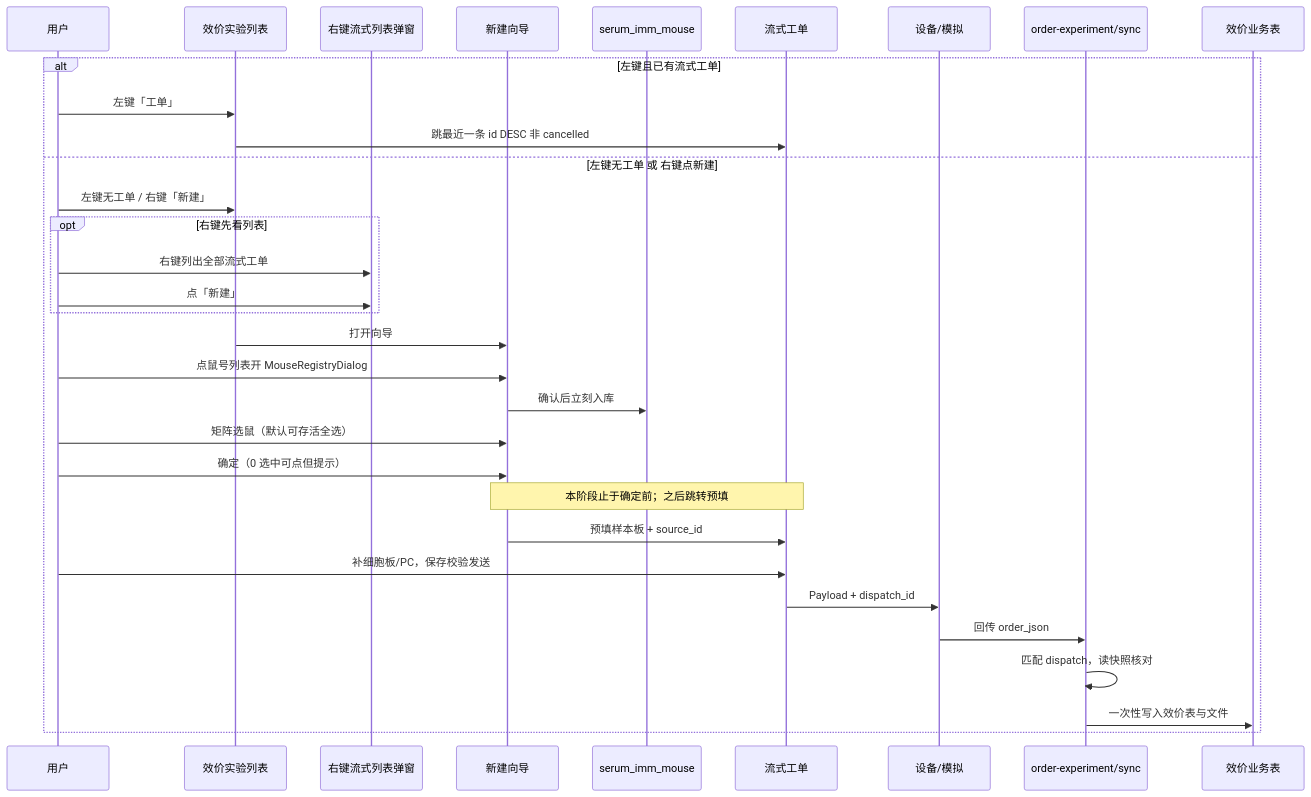
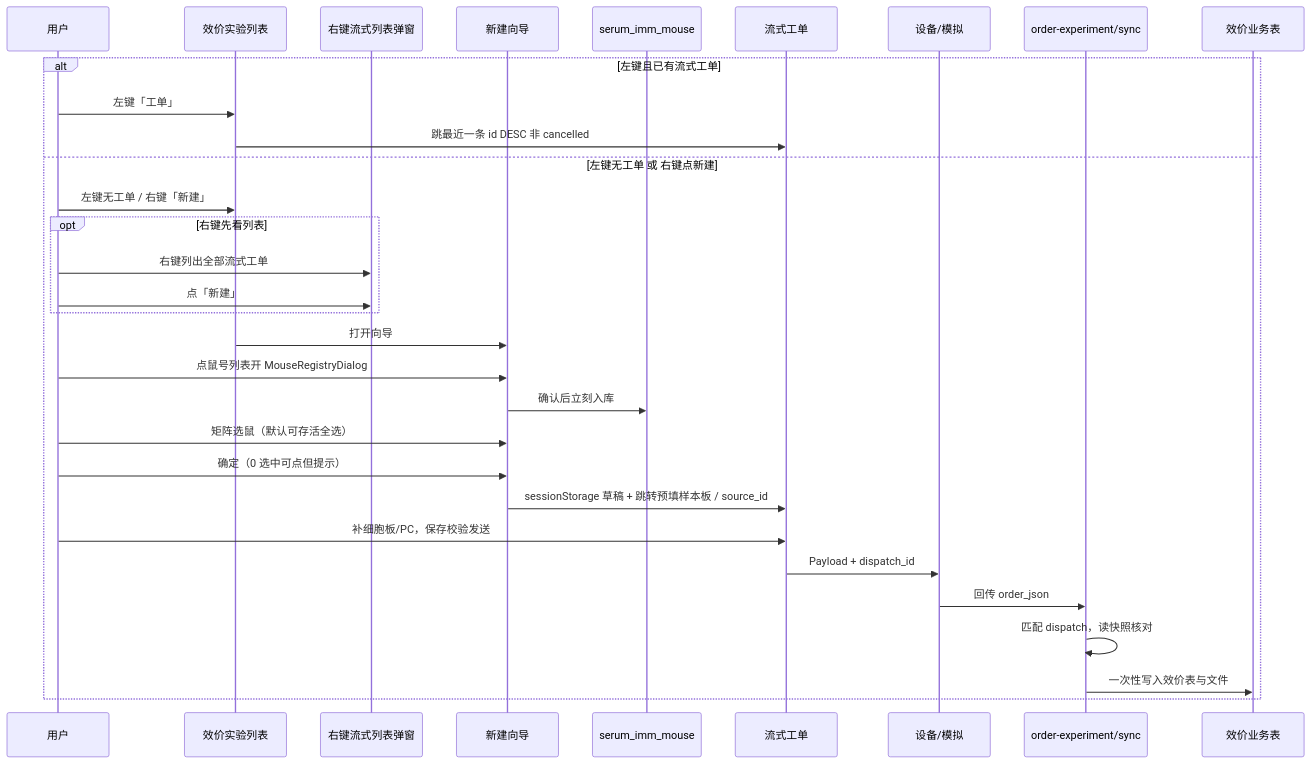
One commit to TianBa-SCP035/Antibody_Forge changed the diagram in docs/temp_text/mega-automation-titer-upstream-flow.md. Above: the diagram before and after it, drawn with Mermaid. The commit also changed other lines of this file and 4 other files, not shown here.

````diff
--- a/docs/temp_text/mega-automation-titer-upstream-flow.md
+++ b/docs/temp_text/mega-automation-titer-upstream-flow.md
@@ -387,35 +402,34 @@
 ```mermaid
 sequenceDiagram
   participant U as 用户
   participant TL as 效价实验列表
   participant L as 右键流式列表弹窗
   participant W as 新建向导
   participant Imm as serum_imm_mouse
   participant FW as 流式工单
   participant D as 设备/模拟
   participant API as order-experiment/sync
   participant ST as 效价业务表
 
   alt 左键且已有流式工单
     U->>TL: 左键「工单」
     TL->>FW: 跳最近一条 id DESC 非 cancelled
   else 左键无工单 或 右键点新建
     U->>TL: 左键无工单 / 右键「新建」
     opt 右键先看列表
       U->>L: 右键列出全部流式工单
       U->>L: 点「新建」
     end
     TL->>W: 打开向导
     U->>W: 点鼠号列表开 MouseRegistryDialog
     W->>Imm: 确认后立刻入库
     U->>W: 矩阵选鼠（默认可存活全选）
     U->>W: 确定（0 选中可点但提示）
-    Note over W,FW: 本阶段止于确定前；之后跳转预填
-    W->>FW: 预填样本板 + source_id
+    W->>FW: sessionStorage 草稿 + 跳转预填样本板 / source_id
     U->>FW: 补细胞板/PC，保存校验发送
     FW->>D: Payload + dispatch_id
     D->>API: 回传 order_json
     API->>API: 匹配 dispatch，读快照核对
     API->>ST: 一次性写入效价表与文件
   end
 ```
````
